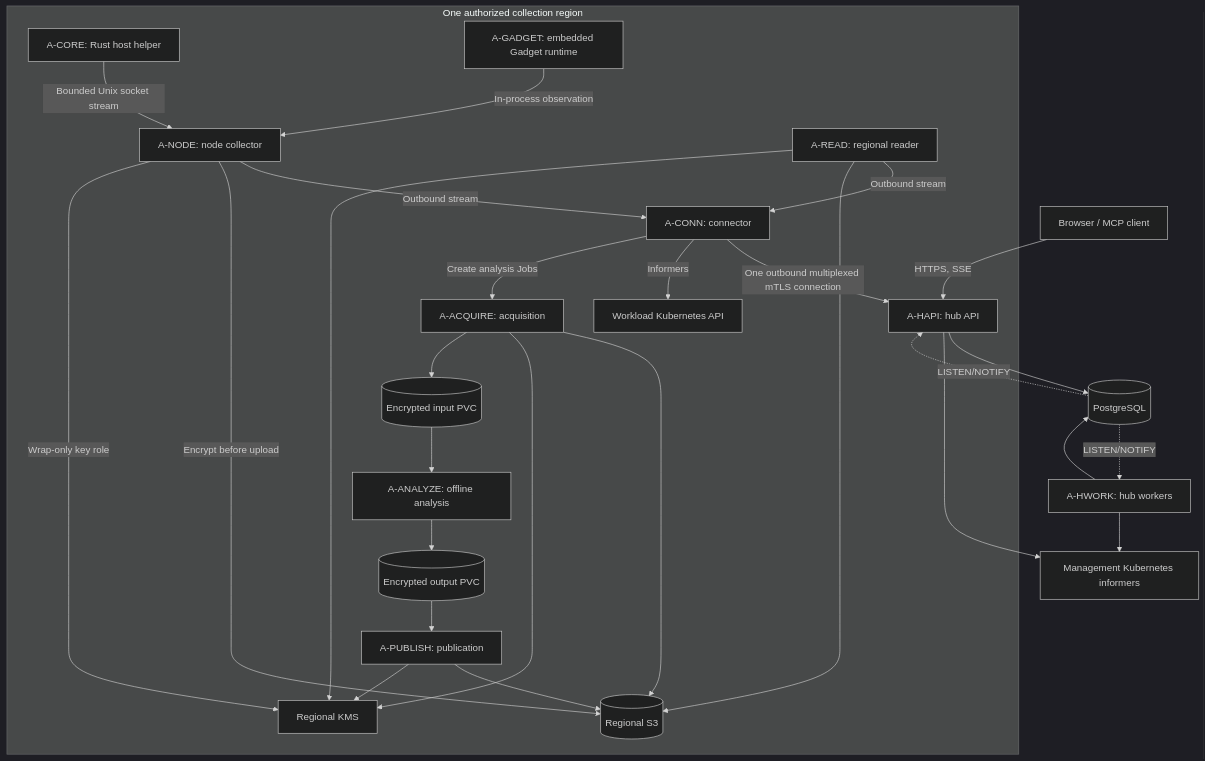
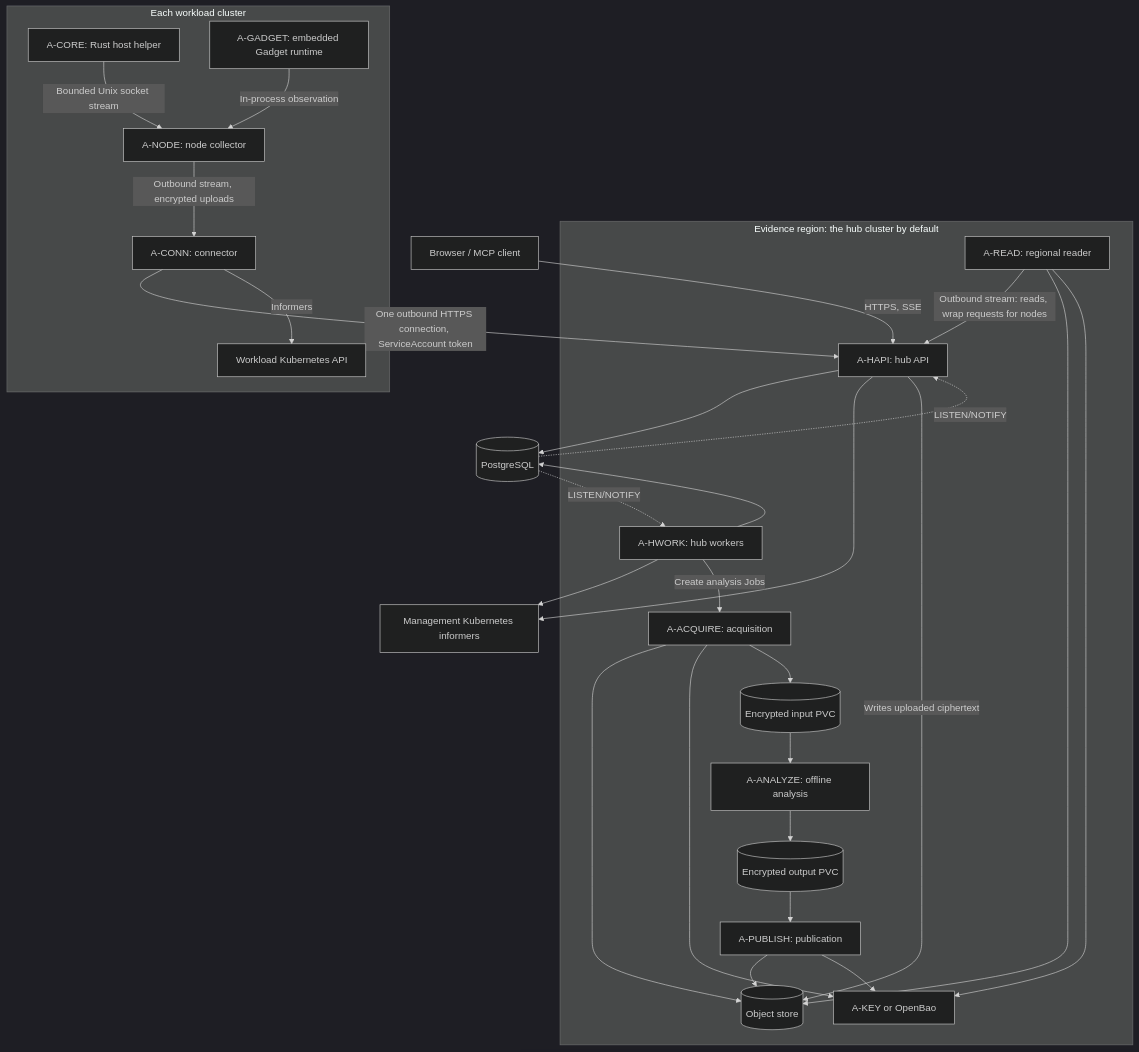
Before and after one commit to phihos/asservat: the second of 2 diagrams in docs/architecture/applications.md, drawn with Mermaid (dark theme). The commit also changed other lines of this file and 285 other files, not shown here.

````diff
--- a/docs/architecture/applications.md
+++ b/docs/architecture/applications.md
@@ -19,31 +19,32 @@
 ```mermaid
 flowchart TB
   User[Browser / MCP client] -->|HTTPS, SSE| API[A-HAPI: hub API]
   API --> SQL[(PostgreSQL)]
   Worker[A-HWORK: hub workers] --> SQL
   SQL -.->|LISTEN/NOTIFY| API
   SQL -.->|LISTEN/NOTIFY| Worker
   API --> Config[Management Kubernetes informers]
   Worker --> Config
-  subgraph Region[One authorized collection region]
-    Conn[A-CONN: connector] -->|One outbound multiplexed mTLS connection| API
-    Node[A-NODE: node collector] -->|Outbound stream| Conn
-    Reader[A-READ: regional reader] -->|Outbound stream| Conn
-    Helper[A-CORE: Rust host helper] -->|Bounded Unix socket stream| Node
-    Gadget[A-GADGET: embedded Gadget runtime] -->|In-process observation| Node
-    Node -->|Encrypt before upload| Obj[(Regional S3)]
-    Node -->|Wrap-only key role| KMS[Regional KMS]
+  subgraph Region[Evidence region: the hub cluster by default]
+    API -->|Writes uploaded ciphertext| Obj[(Object store)]
+    Reader[A-READ: regional reader] -->|Outbound stream: reads, wrap requests for nodes| API
     Reader --> Obj
-    Reader --> KMS
-    Conn -->|Informers| Kube[Workload Kubernetes API]
-    Conn -->|Create analysis Jobs| Acquire[A-ACQUIRE: acquisition]
+    Reader --> KMS[A-KEY or OpenBao]
+    Worker -->|Create analysis Jobs| Acquire[A-ACQUIRE: acquisition]
     Acquire --> Obj
     Acquire --> KMS
     Acquire --> In[(Encrypted input PVC)]
     In --> Analyze[A-ANALYZE: offline analysis]
     Analyze --> Out[(Encrypted output PVC)]
     Out --> Publish[A-PUBLISH: publication]
     Publish --> Obj
     Publish --> KMS
   end
+  subgraph Cluster[Each workload cluster]
+    Conn[A-CONN: connector] -->|One outbound HTTPS connection, ServiceAccount token| API
+    Node[A-NODE: node collector] -->|Outbound stream, encrypted uploads| Conn
+    Helper[A-CORE: Rust host helper] -->|Bounded Unix socket stream| Node
+    Gadget[A-GADGET: embedded Gadget runtime] -->|In-process observation| Node
+    Conn -->|Informers| Kube[Workload Kubernetes API]
+  end
 ```
````
